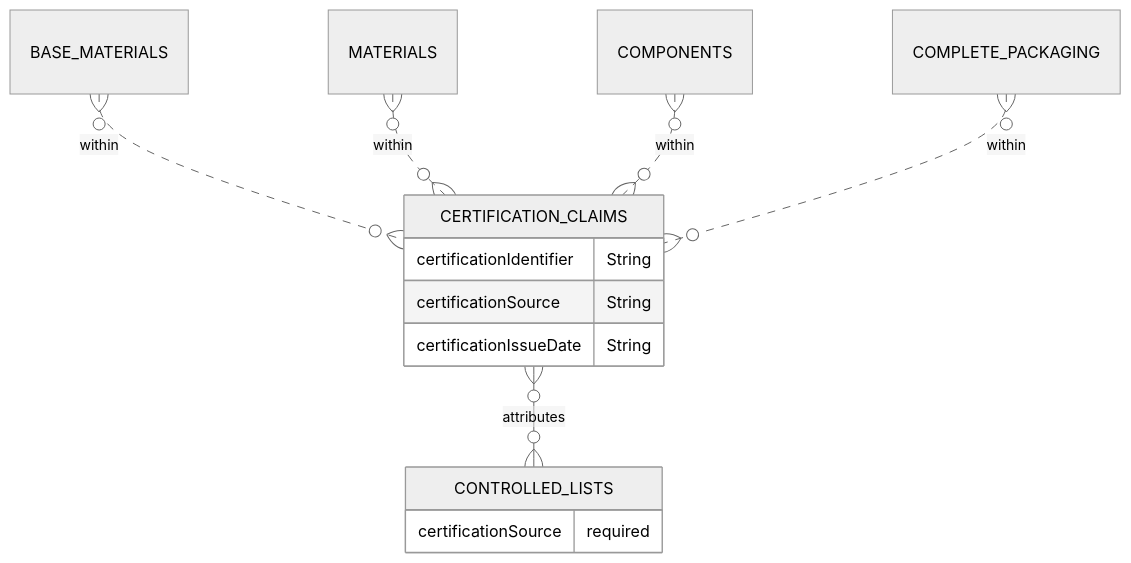
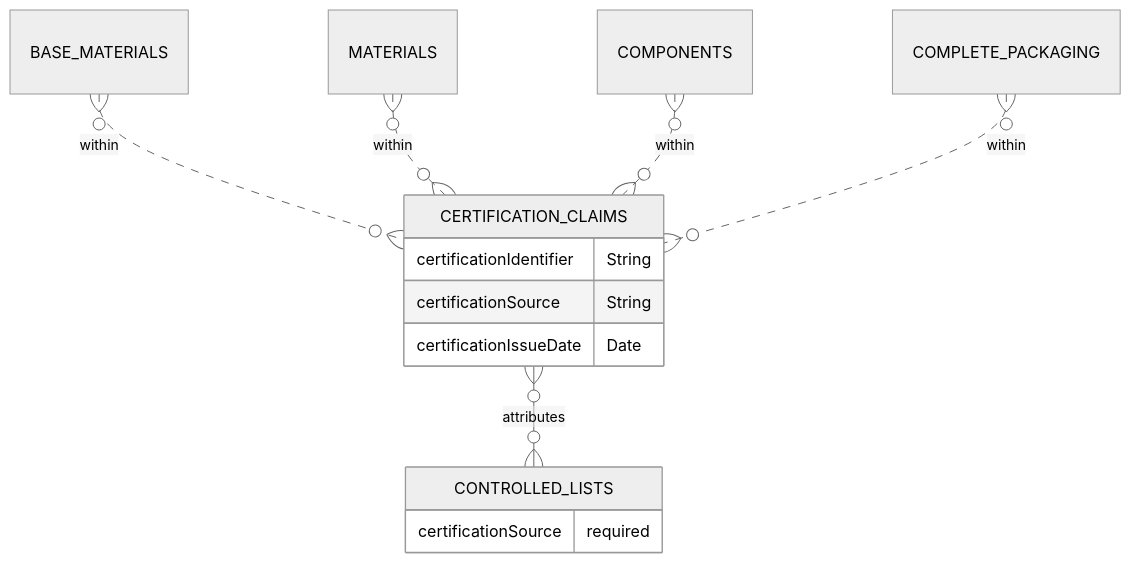
The diagram in docs/6_Relationship_Lists/6_005_Certification_Claims.md (OpenDataManchester/Open3P), drawn with Mermaid (neutral theme) before and after one commit. The commit also changed other lines of this file, not shown here.

Commit message:
Update date to ISO 8601

````diff
--- a/docs/6_Relationship_Lists/6_005_Certification_Claims.md
+++ b/docs/6_Relationship_Lists/6_005_Certification_Claims.md
@@ -24,16 +24,16 @@
 ``` mermaid
 erDiagram
   BASE_MATERIALS }o..o{ CERTIFICATION_CLAIMS : within
   MATERIALS }o..o{ CERTIFICATION_CLAIMS : within
   COMPONENTS}o..o{ CERTIFICATION_CLAIMS : within
   COMPLETE_PACKAGING }o..o{ CERTIFICATION_CLAIMS : within
   CERTIFICATION_CLAIMS {
     certificationIdentifier String
     certificationSource String
-    certificationIssueDate String
+    certificationIssueDate Date
   }
   CERTIFICATION_CLAIMS }o--o{ CONTROLLED_LISTS : attributes
   CONTROLLED_LISTS {
     certificationSource required 
   }
 ```
````
